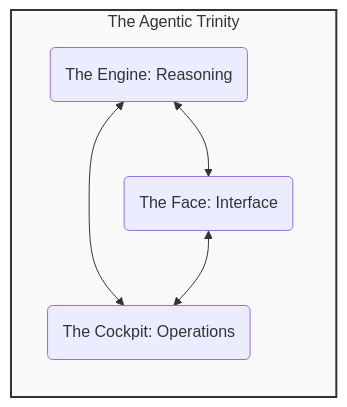
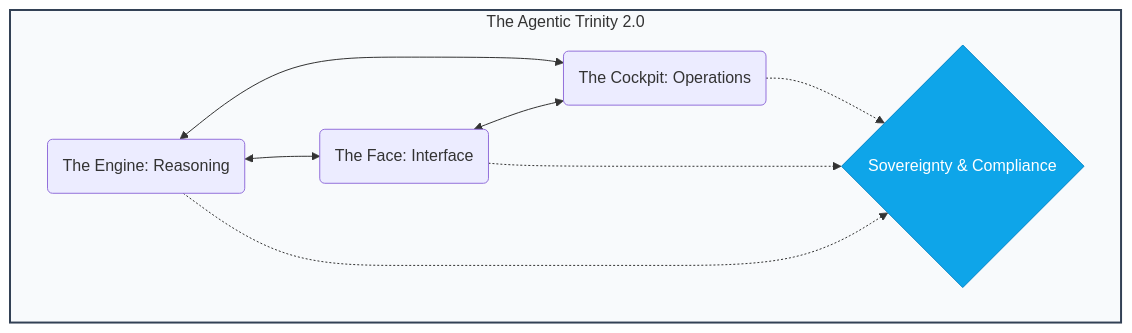
One commit to enriquekalven/agent-cockpit changed the diagram in README.md. Above: the diagram before and after it, drawn with Mermaid. The commit also changed other lines of this file and 117 other files, not shown here.

````diff
--- a/README.md
+++ b/README.md
@@ -45,12 +45,17 @@
 ```mermaid
-graph LR
-   subgraph Trinity [The Agentic Trinity]
+graph TD
+   subgraph Trinity [The Agentic Trinity 2.0]
        E(The Engine: Reasoning)
        F(The Face: Interface)
        C(The Cockpit: Operations)
+       S{Sovereignty & Compliance}
    end
    E <--> C
    F <--> C
    E <--> F
-   style Trinity fill:#f9f9f9,stroke:#333,stroke-width:2px
+   E -.-> S
+   F -.-> S
+   C -.-> S
+   style Trinity fill:#f8fafc,stroke:#334155,stroke-width:2px
+   style S fill:#0ea5e9,color:#fff,stroke:#0284c7
 ```
````
